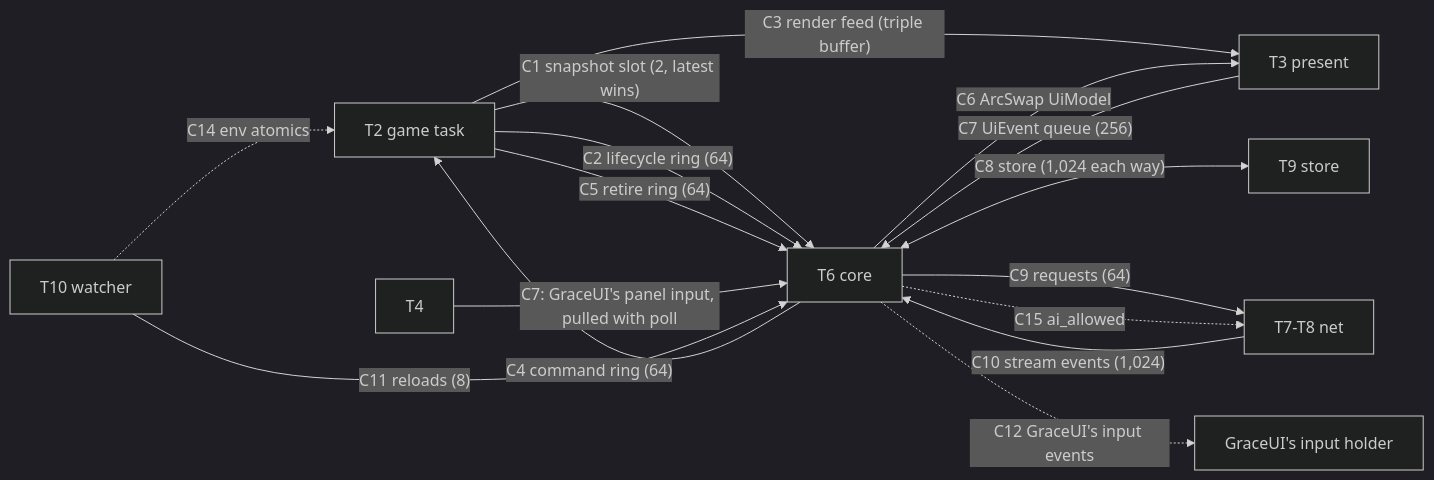
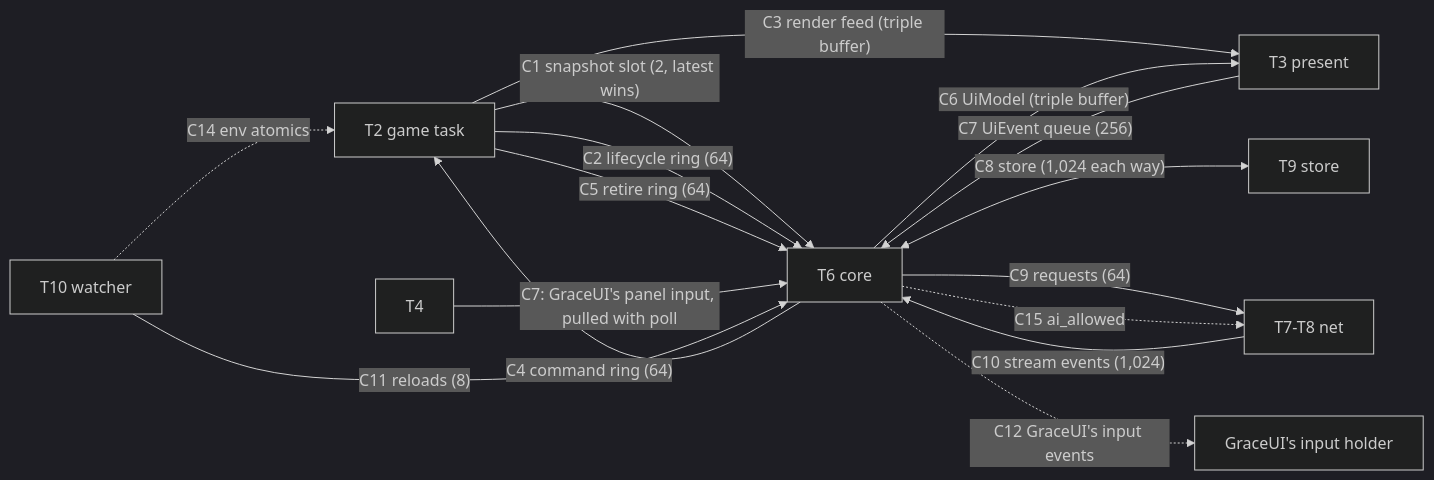
The first of 9 diagrams in docs/design/architecture.md (Pt0l3my/EldenNet), drawn with Mermaid (dark theme) before and after one commit. The commit also changed other lines of this file and 8 other files, not shown here.

````diff
--- a/docs/design/architecture.md
+++ b/docs/design/architecture.md
@@ -67,18 +72,18 @@
 ```mermaid
 flowchart LR
   T2["T2 game task"] -->|"C1 snapshot slot (2, latest wins)"| T6["T6 core"]
   T2 -->|"C2 lifecycle ring (64)"| T6
   T2 -->|"C3 render feed (triple buffer)"| T3["T3 present"]
   T6 -->|"C4 command ring (64)"| T2
   T2 -->|"C5 retire ring (64)"| T6
-  T6 -->|"C6 ArcSwap UiModel"| T3
+  T6 -->|"C6 UiModel (triple buffer)"| T3
   T3 -->|"C7 UiEvent queue (256)"| T6
   T4 -->|"C7: GraceUI's panel input, pulled with poll"| T6
   T6 <-->|"C8 store (1,024 each way)"| T9["T9 store"]
   T6 -->|"C9 requests (64)"| T78["T7-T8 net"]
   T78 -->|"C10 stream events (1,024)"| T6
   T10["T10 watcher"] -->|"C11 reloads (8)"| T6
   T6 -.->|"C12 GraceUI's input events"| T5["GraceUI's input holder"]
   T10 -.->|"C14 env atomics"| T2
   T6 -.->|"C15 ai_allowed"| T78
 ```
````
